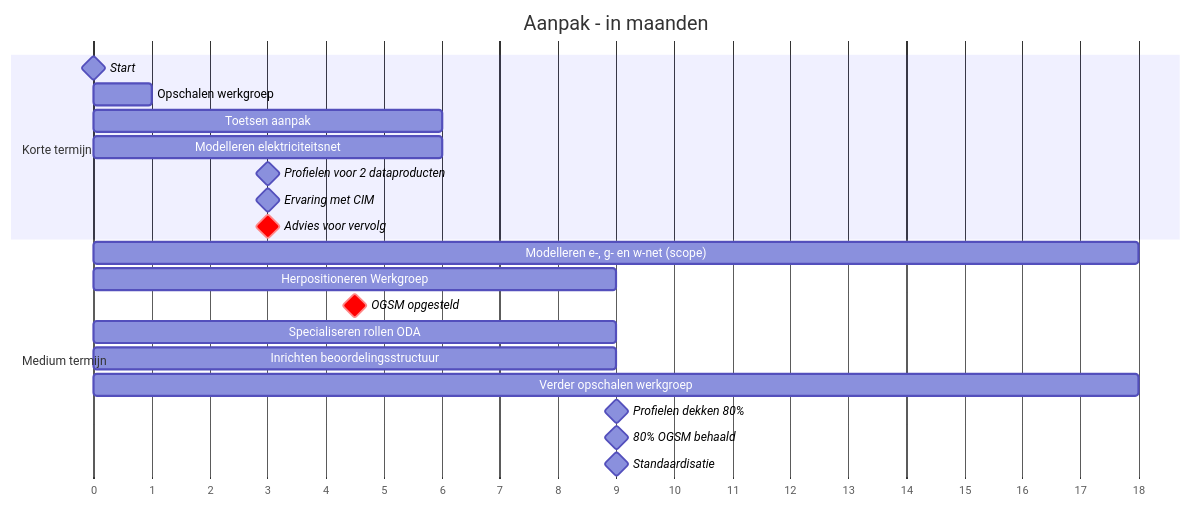
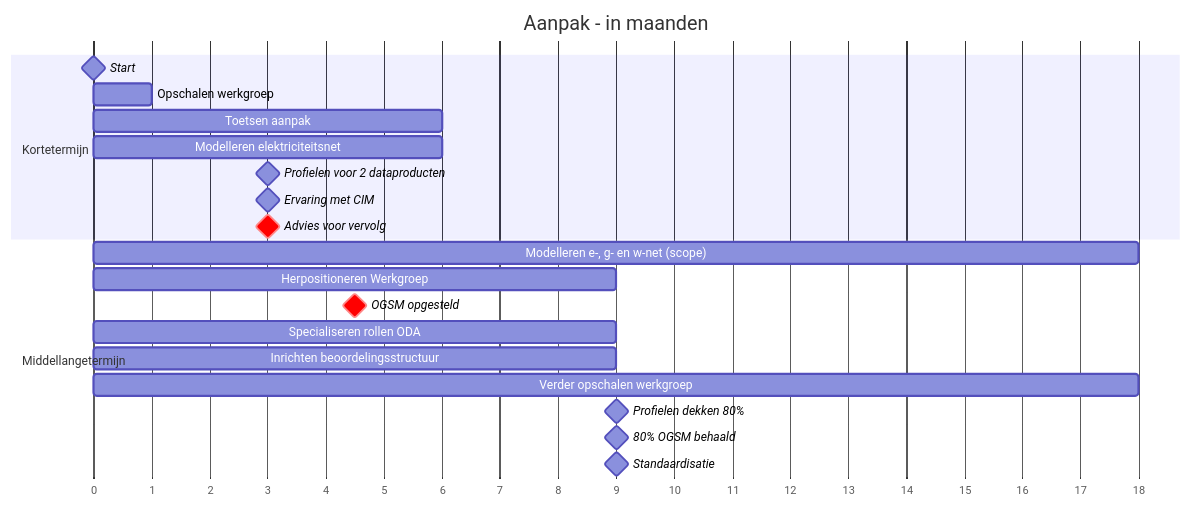
The diagram in README.md (Netbeheer-Nederland/doc-design-wg-sem-int), drawn with Mermaid before and after one commit. The commit also changed other lines of this file, not shown here.

````diff
--- a/README.md
+++ b/README.md
@@ -204,24 +204,24 @@
 ```mermaid
 gantt
     title Aanpak - in maanden
     dateFormat X
     axisFormat %s
-    section Korte termijn
+    section Kortetermijn
     Start: milestone, 0, 0
     Opschalen werkgroep: 0, 1
     Toetsen aanpak: 0, 6
     Modelleren elektriciteitsnet: 0, 6
     Profielen voor 2 dataproducten: milestone, 6, 6
     Ervaring met CIM: milestone, 6, 6
     Advies voor vervolg: crit, milestone, 6, 6
-    section Medium termijn
+    section Middellangetermijn
     Modelleren e-, g- en w-net (scope): 6, 18
     Herpositioneren Werkgroep: 6, 9
     OGSM opgesteld: crit, milestone, 9, 9
     Specialiseren rollen ODA: 6, 9
     Inrichten beoordelingsstructuur: 6, 9
     Verder opschalen werkgroep: 9, 18
     Profielen dekken 80%: milestone, 18, 18
     80% OGSM behaald: milestone, 18, 18
     Standaardisatie: milestone, 18, 18
 ```
````
